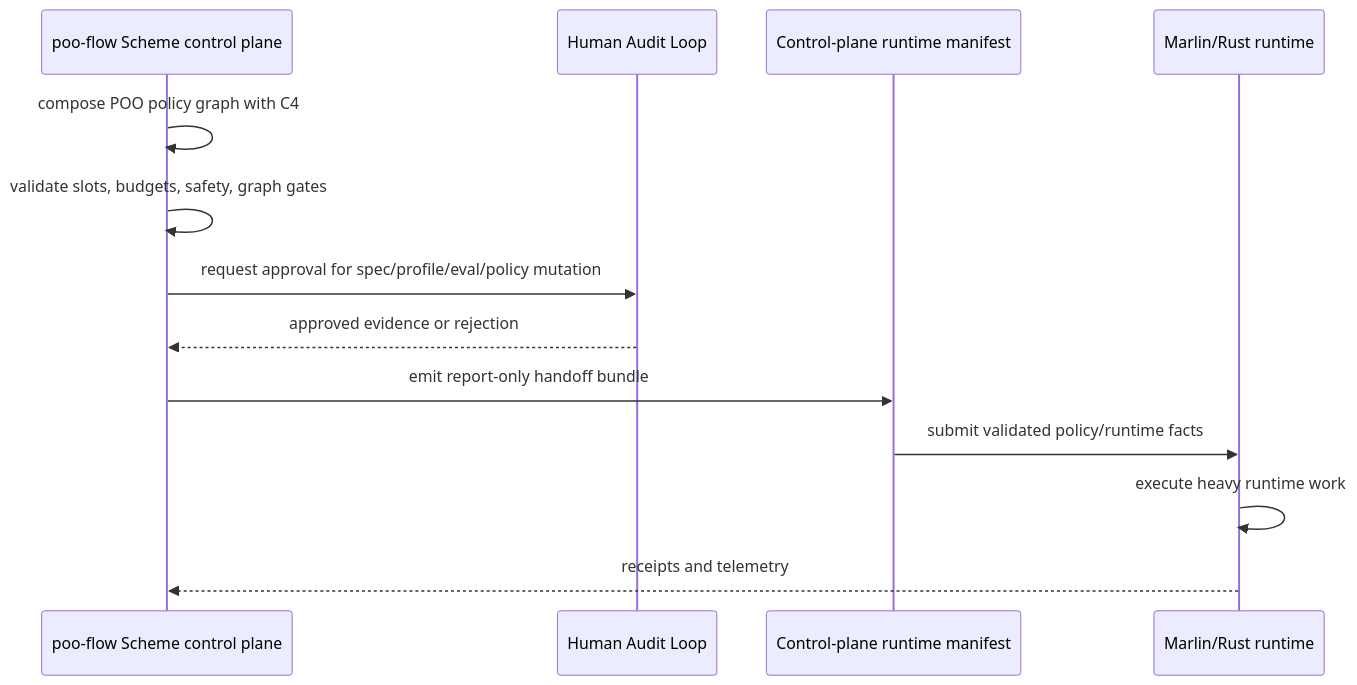
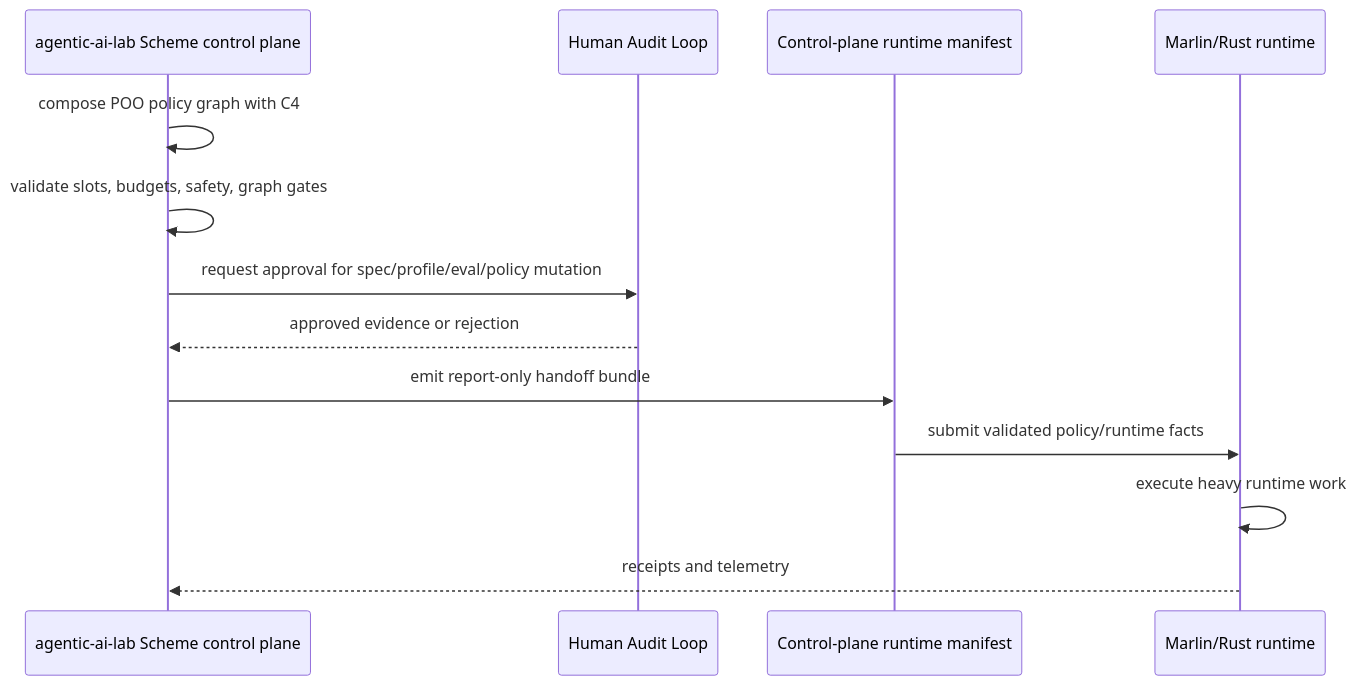
Before and after one commit to tao3k/gebril-yuanxu: the diagram in module-system/design/11-marlin-runtime-handoff.org, drawn with Mermaid. The commit also changed other lines of this file and 507 other files, not shown here.

```diff
--- a/module-system/design/11-marlin-runtime-handoff.org
+++ b/module-system/design/11-marlin-runtime-handoff.org
@@ -34,16 +34,16 @@
 #+begin_src mermaid
 sequenceDiagram
-  participant Scheme as poo-flow Scheme control plane
+  participant Scheme as agentic-ai-lab Scheme control plane
   participant Audit as Human Audit Loop
   participant Manifest as Control-plane runtime manifest
   participant Marlin as Marlin/Rust runtime
 
   Scheme->>Scheme: compose POO policy graph with C4
   Scheme->>Scheme: validate slots, budgets, safety, graph gates
   Scheme->>Audit: request approval for spec/profile/eval/policy mutation
   Audit-->>Scheme: approved evidence or rejection
   Scheme->>Manifest: emit report-only handoff bundle
   Manifest->>Marlin: submit validated policy/runtime facts
   Marlin->>Marlin: execute heavy runtime work
   Marlin-->>Scheme: receipts and telemetry
 #+end_src
```
